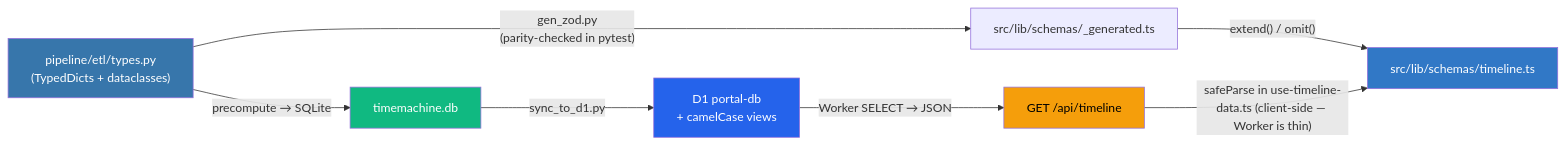
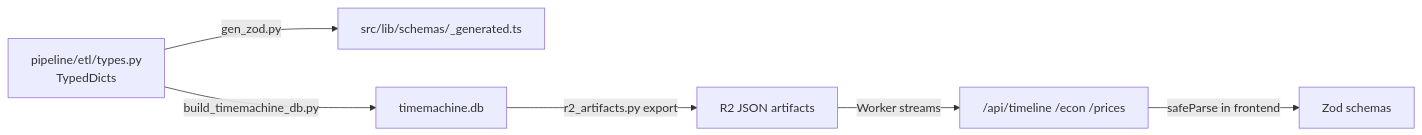
The second of 2 diagrams in README.md (Guoyuer/portal), drawn with Mermaid before and after one commit. The commit also changed other lines of this file and 64 other files, not shown here.

````diff
--- a/README.md
+++ b/README.md
@@ -279,15 +124,8 @@
 ```mermaid
 graph LR
-    PY["pipeline/etl/types.py<br/>(TypedDicts + dataclasses)"] -->|"gen_zod.py<br/>(parity-checked in pytest)"| GEN["src/lib/schemas/_generated.ts"]
-    PY -->|"precompute → SQLite"| DB["timemachine.db"]
-    DB -->|"sync_to_d1.py"| D1["D1 portal-db<br/>+ camelCase views"]
-    D1 -->|"Worker SELECT → JSON"| JSON["GET /api/timeline"]
-    GEN -->|"extend() / omit()"| TS["src/lib/schemas/timeline.ts"]
-    JSON -->|"safeParse in use-timeline-data.ts (client-side — Worker is thin)"| TS
-
-    style PY fill:#3776ab,color:#fff
-    style DB fill:#10b981,color:#fff
-    style D1 fill:#2563eb,color:#fff
-    style JSON fill:#f59e0b,color:#000
-    style TS fill:#3178c6,color:#fff
+    PY["pipeline/etl/types.py<br/>TypedDicts"] -->|"gen_zod.py"| GEN["src/lib/schemas/_generated.ts"]
+    PY -->|"build_timemachine_db.py"| DB["timemachine.db"]
+    DB -->|"r2_artifacts.py export"| JSON["R2 JSON artifacts"]
+    JSON -->|"Worker streams"| API["/api/timeline /econ /prices"]
+    API -->|"safeParse in frontend"| ZOD["Zod schemas"]
 ```
````
